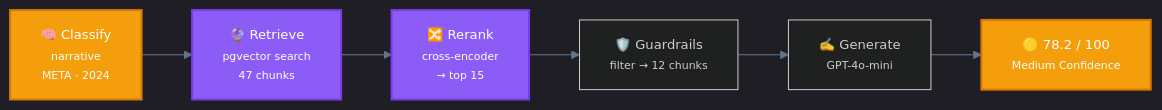
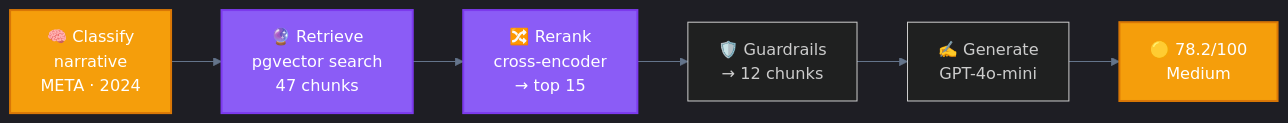
One commit to bhattaraisubal-eng/sec-intelligence-system changed the second of 3 diagrams in docs/retrieval-routes.md. Above: the diagram before and after it, drawn with Mermaid. The commit also changed other lines of this file and 3 other files, not shown here.

First line of the commit message:
Fix Mermaid diagram text cutoff - remove unsupported HTML tags

````diff
--- a/docs/retrieval-routes.md
+++ b/docs/retrieval-routes.md
@@ -193,20 +193,20 @@
 ```mermaid
-%%{init: {'theme': 'dark', 'themeVariables': {'primaryColor': '#1e293b', 'primaryBorderColor': '#475569', 'lineColor': '#64748b', 'fontFamily': 'ui-monospace, monospace', 'fontSize': '13px'}}}%%
+%%{init: {'theme': 'dark', 'themeVariables': {'primaryColor': '#1e293b', 'primaryBorderColor': '#475569', 'lineColor': '#64748b'}}}%%
 graph LR
-    A["🧠 Classify<br/><small>narrative</small><br/><small>META · 2024</small>"]
-    B["🔮 Retrieve<br/><small>pgvector search</small><br/><small>47 chunks</small>"]
-    C["🔀 Rerank<br/><small>cross-encoder</small><br/><small>→ top 15</small>"]
-    D["🛡️ Guardrails<br/><small>filter → 12 chunks</small>"]
-    E["✍️ Generate<br/><small>GPT-4o-mini</small>"]
-    F["🟡 78.2 / 100<br/><small>Medium Confidence</small>"]
+    A["🧠 Classify<br/>narrative<br/>META · 2024"]
+    B["🔮 Retrieve<br/>pgvector search<br/>47 chunks"]
+    C["🔀 Rerank<br/>cross-encoder<br/>→ top 15"]
+    D["🛡️ Guardrails<br/>→ 12 chunks"]
+    E["✍️ Generate<br/>GPT-4o-mini"]
+    F["🟡 78.2/100<br/>Medium"]
 
     A --> B --> C --> D --> E --> F
 
     classDef classify fill:#f59e0b,stroke:#d97706,color:#fff,stroke-width:2px
     classDef vector fill:#8b5cf6,stroke:#7c3aed,color:#fff,stroke-width:2px
     classDef medium fill:#f59e0b,stroke:#d97706,color:#fff,stroke-width:2px
 
     class A classify
     class B,C vector
     class F medium
 ```
````
